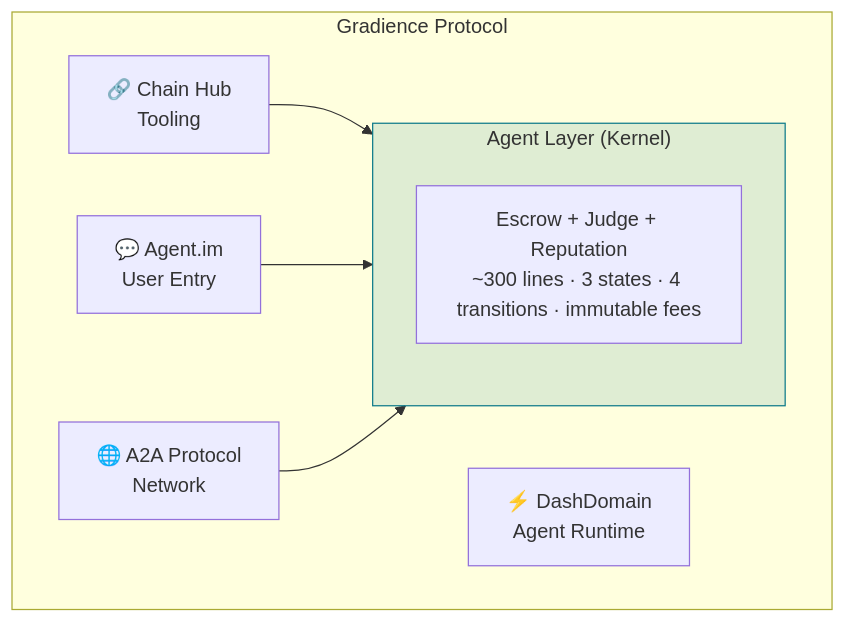
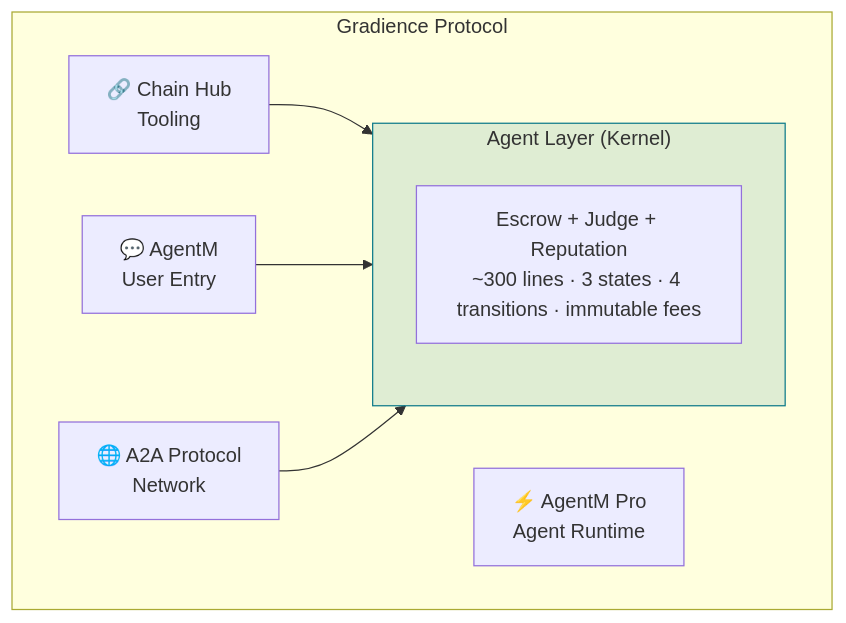
One commit to DaviRain-Su/gradience changed the second of 9 diagrams in README.md. Above: the diagram before and after it, drawn with Mermaid. The commit also changed other lines of this file and 79 other files, not shown here.

First line of the commit message:
chore: unify AgentM naming across repo and finalize web-entry status

````diff
--- a/README.md
+++ b/README.md
@@ -78,19 +78,19 @@
 ```mermaid
 flowchart TB
     subgraph Protocol["Gradience Protocol"]
         subgraph Kernel["Agent Layer (Kernel)"]
             K["Escrow + Judge + Reputation<br/>~300 lines · 3 states · 4 transitions · immutable fees"]
         end
         
         CH["🔗 Chain Hub<br/>Tooling"]
-        AIM["💬 Agent.im<br/>User Entry"]
-        DD["⚡ DashDomain<br/>Agent Runtime"]
+        AIM["💬 AgentM<br/>User Entry"]
+        DD["⚡ AgentM Pro<br/>Agent Runtime"]
         A2A["🌐 A2A Protocol<br/>Network"]
         
         CH --> Kernel
         AIM --> Kernel
         A2A --> Kernel
     end
     
     style Kernel fill:#0f7b8a22,stroke:#0f7b8a
 ```
````
